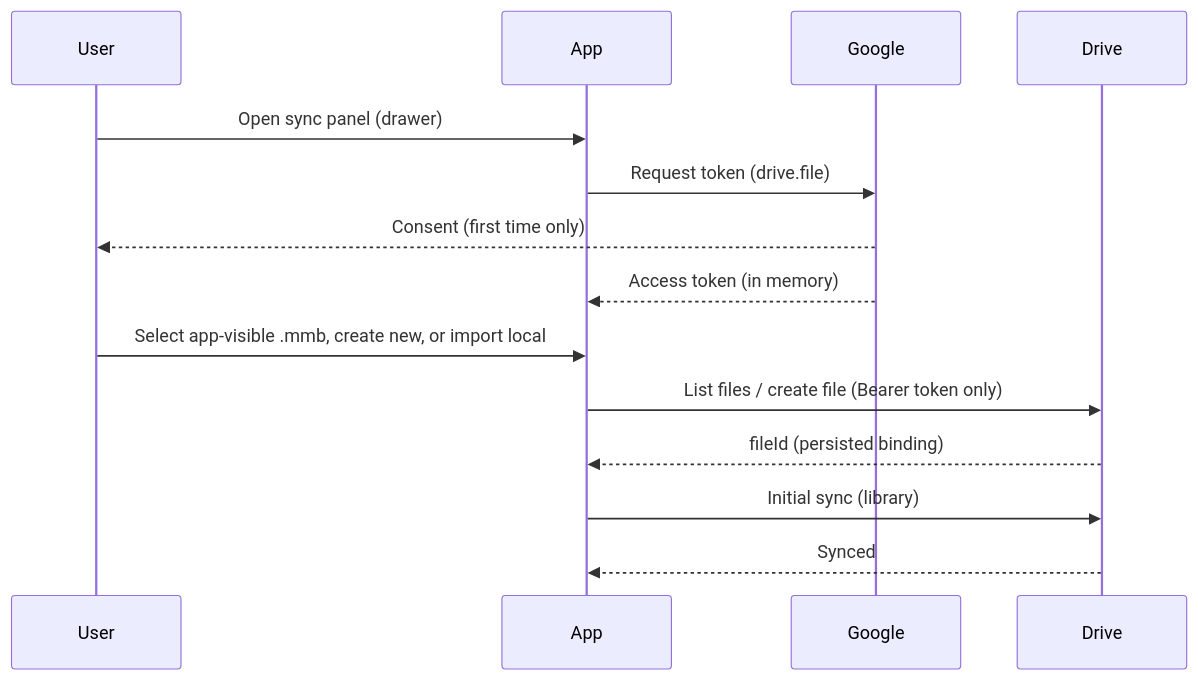
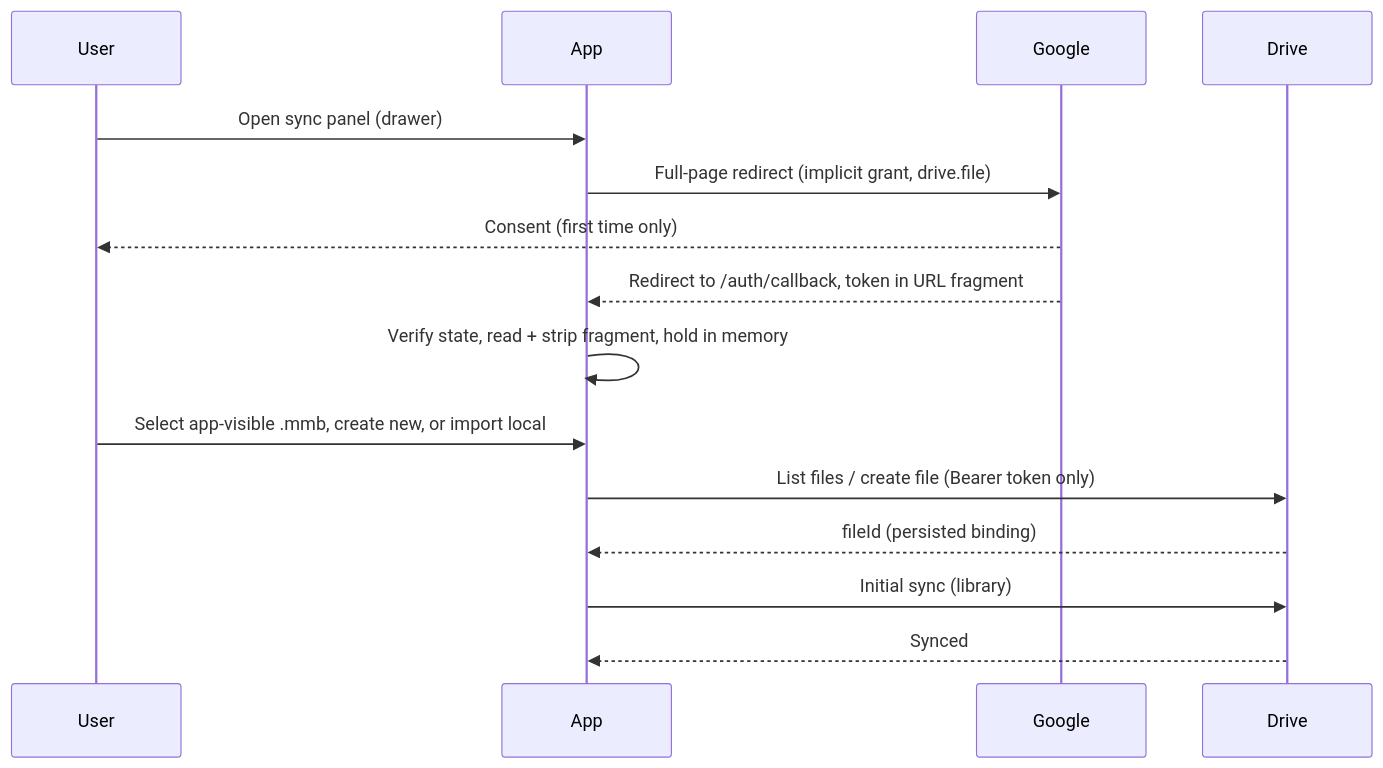
The first of 2 diagrams in openspec/changes/cloud-file-sync/specs/cloud-file-sync/spec.md (gjchentw/mmex-pwa), drawn with Mermaid before and after one commit. The commit also changed other lines of this file and 9 other files, not shown here.

````diff
--- a/openspec/changes/cloud-file-sync/specs/cloud-file-sync/spec.md
+++ b/openspec/changes/cloud-file-sync/specs/cloud-file-sync/spec.md
@@ -23,16 +23,17 @@
 ```mermaid
 sequenceDiagram
     participant User
     participant App
     participant Google
     participant Drive
     User->>App: Open sync panel (drawer)
-    App->>Google: Request token (drive.file)
+    App->>Google: Full-page redirect (implicit grant, drive.file)
     Google-->>User: Consent (first time only)
-    Google-->>App: Access token (in memory)
+    Google-->>App: Redirect to /auth/callback, token in URL fragment
+    App->>App: Verify state, read + strip fragment, hold in memory
     User->>App: Select app-visible .mmb, create new, or import local
     App->>Drive: List files / create file (Bearer token only)
     Drive-->>App: fileId (persisted binding)
     App->>Drive: Initial sync (library)
     Drive-->>App: Synced
 ```
````
